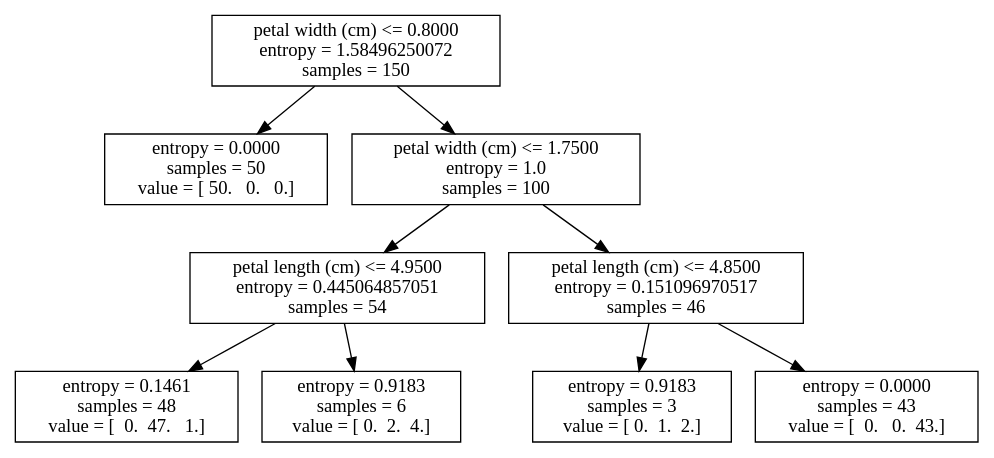
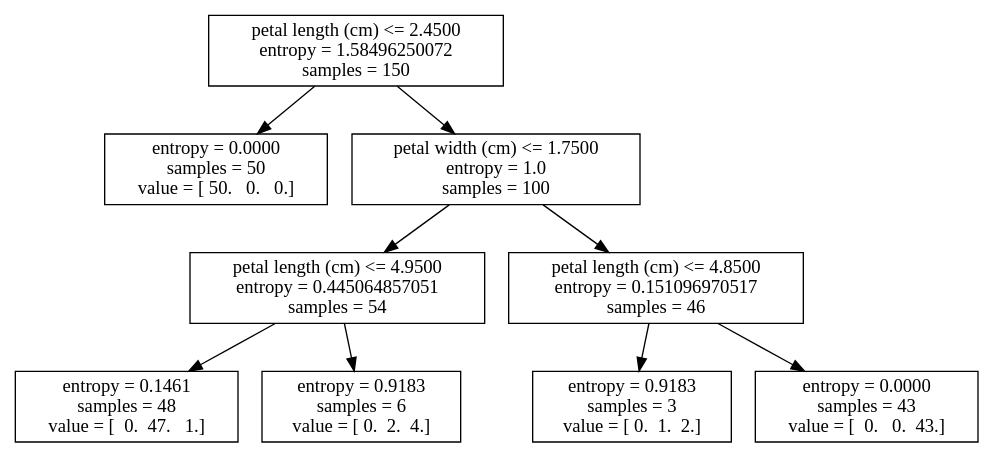
Before and after one commit to TheGrimmScientist/SlidesFromTalks: the diagram in 2014_10_15_DecisionTreeWorkshop/tree_d3.dot, drawn with Graphviz. The commit also changed 9 other files, not shown here.

```diff
--- a/2014_10_15_DecisionTreeWorkshop/tree_d3.dot
+++ b/2014_10_15_DecisionTreeWorkshop/tree_d3.dot
@@ -1,19 +1,19 @@
 digraph Tree {
-0 [label="petal width (cm) <= 0.8000\nentropy = 1.58496250072\nsamples = 150", shape="box"] ;
+0 [label="petal length (cm) <= 2.4500\nentropy = 1.58496250072\nsamples = 150", shape="box"] ;
 1 [label="entropy = 0.0000\nsamples = 50\nvalue = [ 50.   0.   0.]", shape="box"] ;
 0 -> 1 ;
 2 [label="petal width (cm) <= 1.7500\nentropy = 1.0\nsamples = 100", shape="box"] ;
 0 -> 2 ;
 3 [label="petal length (cm) <= 4.9500\nentropy = 0.445064857051\nsamples = 54", shape="box"] ;
 2 -> 3 ;
 4 [label="entropy = 0.1461\nsamples = 48\nvalue = [  0.  47.   1.]", shape="box"] ;
 3 -> 4 ;
 5 [label="entropy = 0.9183\nsamples = 6\nvalue = [ 0.  2.  4.]", shape="box"] ;
 3 -> 5 ;
 6 [label="petal length (cm) <= 4.8500\nentropy = 0.151096970517\nsamples = 46", shape="box"] ;
 2 -> 6 ;
 7 [label="entropy = 0.9183\nsamples = 3\nvalue = [ 0.  1.  2.]", shape="box"] ;
 6 -> 7 ;
 8 [label="entropy = 0.0000\nsamples = 43\nvalue = [  0.   0.  43.]", shape="box"] ;
 6 -> 8 ;
 }
```
